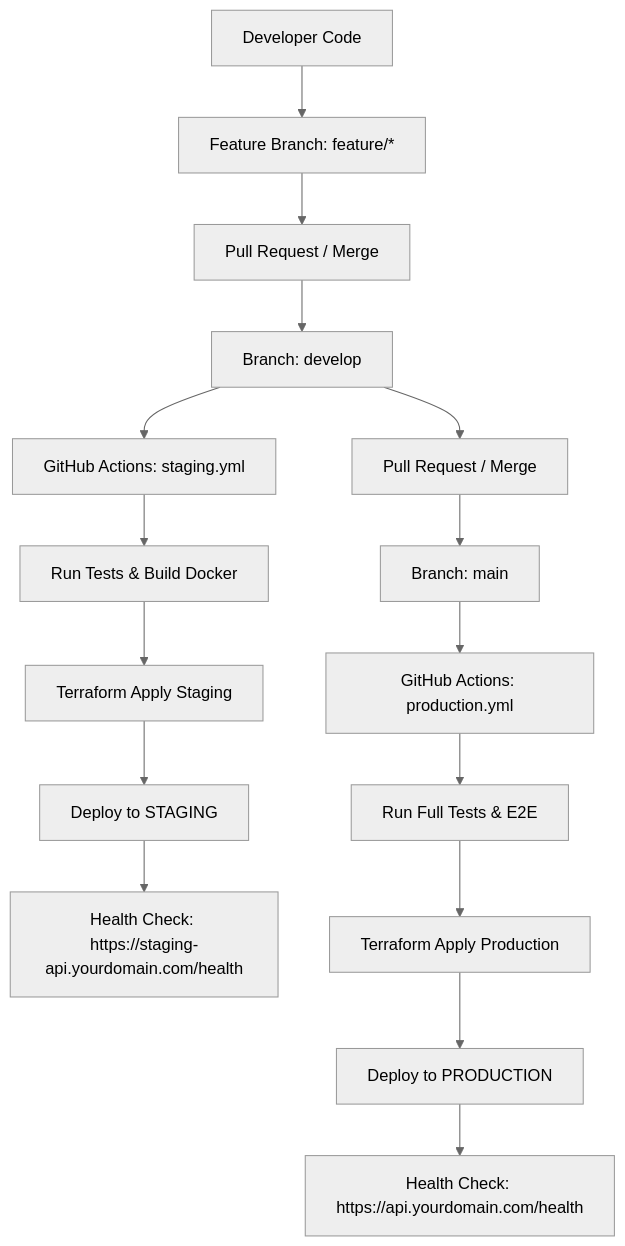
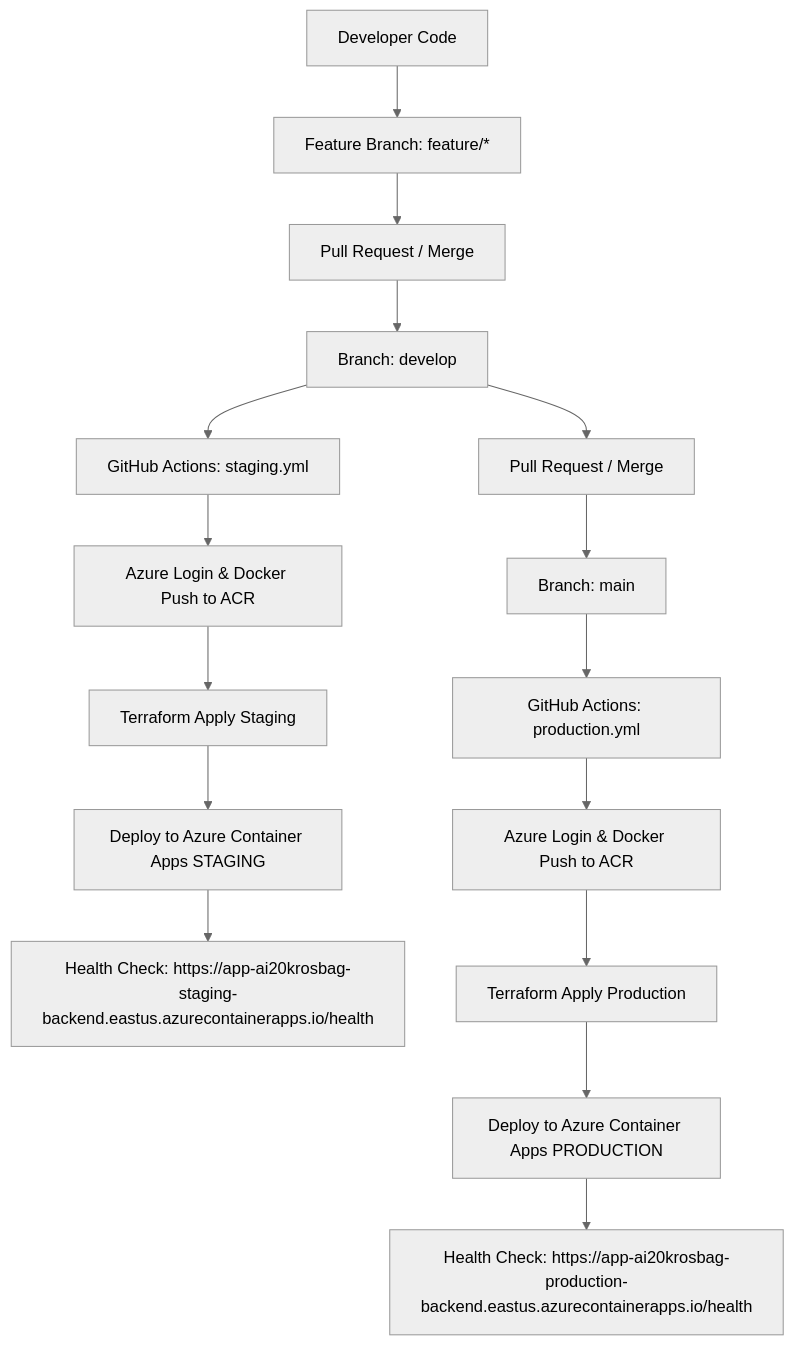
Before and after one commit to TuanQuangV1/p077-backend: the diagram in README.md, drawn with Mermaid (neutral theme). The commit also changed other lines of this file and 19 other files, not shown here.

Commit message:
feat: complete azure terraform deployment setup

````diff
--- a/README.md
+++ b/README.md
@@ -83,19 +83,19 @@
 ```mermaid
 graph TD
     DEV[Developer Code] --> FEATURE[Feature Branch: feature/*]
     FEATURE --> PR_DEV[Pull Request / Merge]
     PR_DEV --> BRANCH_DEV[Branch: develop]
     BRANCH_DEV --> CI_STG[GitHub Actions: staging.yml]
-    CI_STG --> TEST_STG[Run Tests & Build Docker]
-    TEST_STG --> TF_STG[Terraform Apply Staging]
-    TF_STG --> DEPLOY_STG[Deploy to STAGING]
-    DEPLOY_STG --> HEALTH_STG[Health Check: https://staging-api.yourdomain.com/health]
+    CI_STG --> AZ_STG[Azure Login & Docker Push to ACR]
+    AZ_STG --> TF_STG[Terraform Apply Staging]
+    TF_STG --> DEPLOY_STG[Deploy to Azure Container Apps STAGING]
+    DEPLOY_STG --> HEALTH_STG[Health Check: https://app-ai20krosbag-staging-backend.eastus.azurecontainerapps.io/health]
 
     BRANCH_DEV --> PR_MAIN[Pull Request / Merge]
     PR_MAIN --> BRANCH_MAIN[Branch: main]
     BRANCH_MAIN --> CI_PROD[GitHub Actions: production.yml]
-    CI_PROD --> TEST_PROD[Run Full Tests & E2E]
-    TEST_PROD --> TF_PROD[Terraform Apply Production]
-    TF_PROD --> DEPLOY_PROD[Deploy to PRODUCTION]
-    DEPLOY_PROD --> HEALTH_PROD[Health Check: https://api.yourdomain.com/health]
+    CI_PROD --> AZ_PROD[Azure Login & Docker Push to ACR]
+    AZ_PROD --> TF_PROD[Terraform Apply Production]
+    TF_PROD --> DEPLOY_PROD[Deploy to Azure Container Apps PRODUCTION]
+    DEPLOY_PROD --> HEALTH_PROD[Health Check: https://app-ai20krosbag-production-backend.eastus.azurecontainerapps.io/health]
 ```
````
